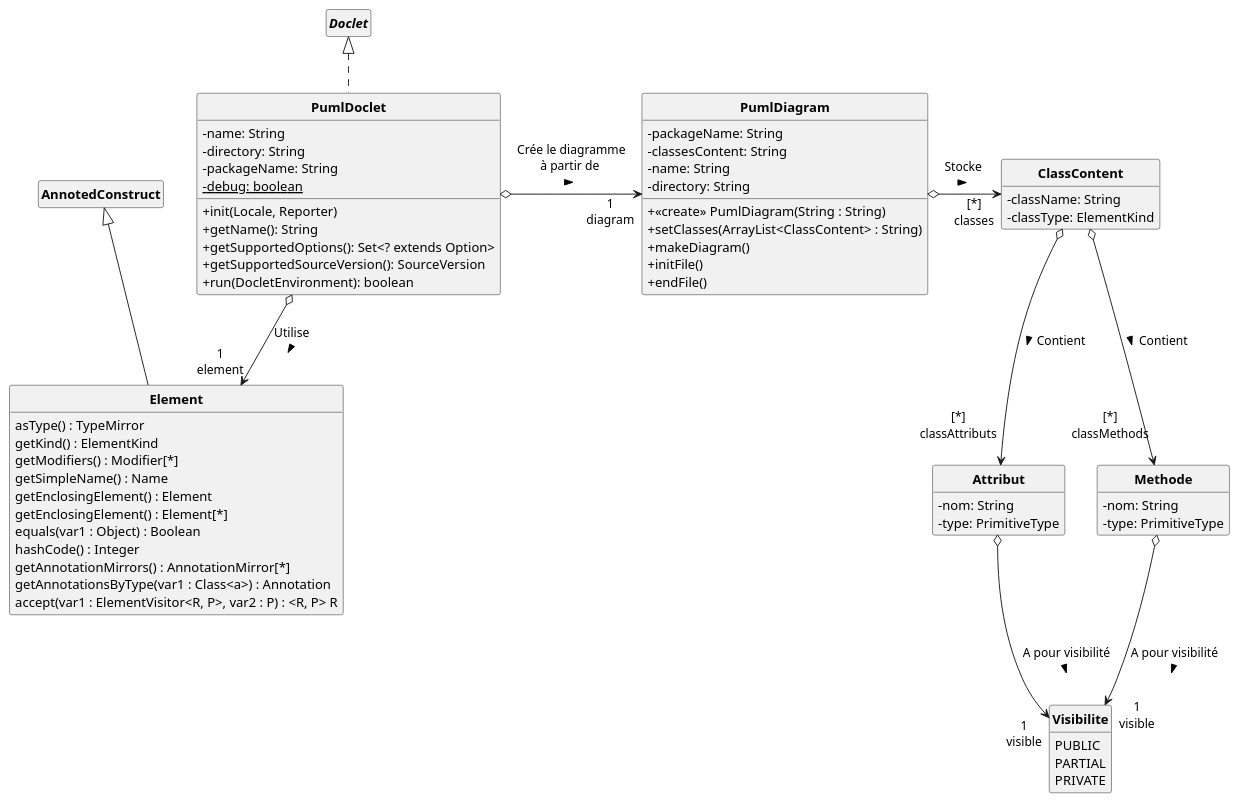
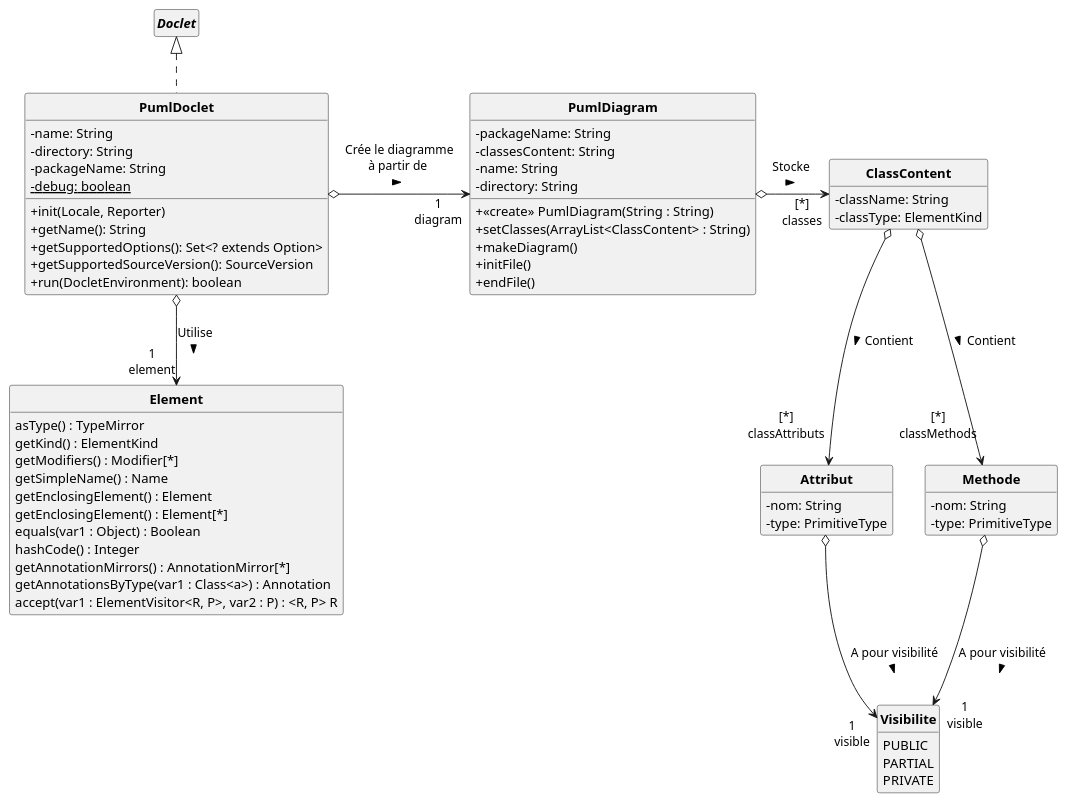
The diagram in uml/pumlFromJavaDCC.puml (DimToups/Java-to-PUML-converter), drawn with PlantUML before and after one commit. The commit also changed 4 other files, not shown here.

```diff
--- a/uml/pumlFromJavaDCC.puml
+++ b/uml/pumlFromJavaDCC.puml
@@ -1,81 +1,81 @@
 @startuml
 'https://plantuml.com/class-diagram
 
 skinparam style strictuml
 skinparam classAttributeIconSize 0
 skinparam classFontStyle Bold
 
 hide empty members
 
 class PumlDoclet implements Doclet{
     - name: String
     - directory: String
     - packageName: String
     - {static}debug: boolean
 
     + init(Locale, Reporter)
     + getName(): String
     + getSupportedOptions(): Set<? extends Option>
     + getSupportedSourceVersion(): SourceVersion
     + run(DocletEnvironment): boolean
 }
 
 class PumlDiagram {
     - packageName: String
     - classesContent: String
     - name: String
     - directory: String
 
     + <<create>> PumlDiagram(String : String)
     + setClasses(ArrayList<ClassContent> : String)
     + makeDiagram()
     + initFile()
     + endFile()
 }
 
 PumlDoclet o-> "1\ndiagram" PumlDiagram : Crée le diagramme\nà partir de \n >
 PumlDoclet o-d-> "1\nelement" Element : Utilise \n >
 PumlDiagram o-> "[*]\nclasses" ClassContent : Stocke \n >
 
-class Element extends AnnotedConstruct {
+class Element {
     asType() : TypeMirror
     getKind() : ElementKind
     getModifiers() : Modifier[*]
     getSimpleName() : Name
     getEnclosingElement() : Element
     getEnclosingElement() : Element[*]
     equals(var1 : Object) : Boolean
     hashCode() : Integer
     getAnnotationMirrors() : AnnotationMirror[*]
     getAnnotationsByType(var1 : Class<a>) : Annotation
     accept(var1 : ElementVisitor<R, P>, var2 : P) : <R, P> R
 }
 
 class ClassContent {
     - className: String
     - classType: ElementKind
 }
 
 class Attribut {
     - nom: String
     - type: PrimitiveType
 }
 
 class Methode {
     - nom: String
     - type: PrimitiveType
 }
 
 enum Visibilite {
     PUBLIC
     PARTIAL
     PRIVATE
 }
 
 Attribut o-d-> "1\nvisible\n" Visibilite : A pour visibilité \n >
 Methode o-d-> "1\nvisible\n" Visibilite : A pour visibilité \n >
 ClassContent o-d-> "[*]\nclassMethods\n" Methode : Contient \t >
 ClassContent o-d-> "[*]\nclassAttributs\n" Attribut : Contient \t >
 
 
 @enduml
```
